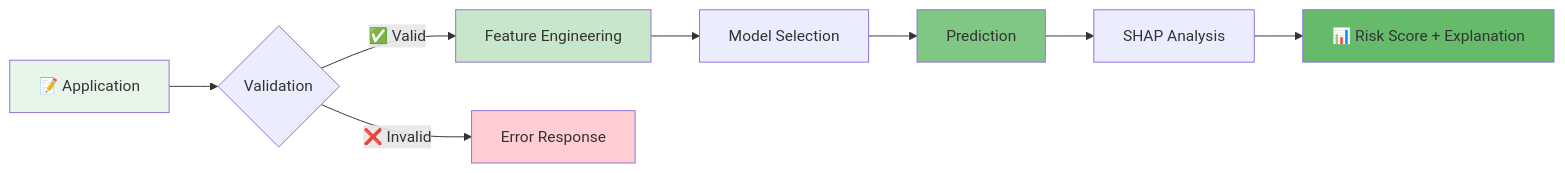
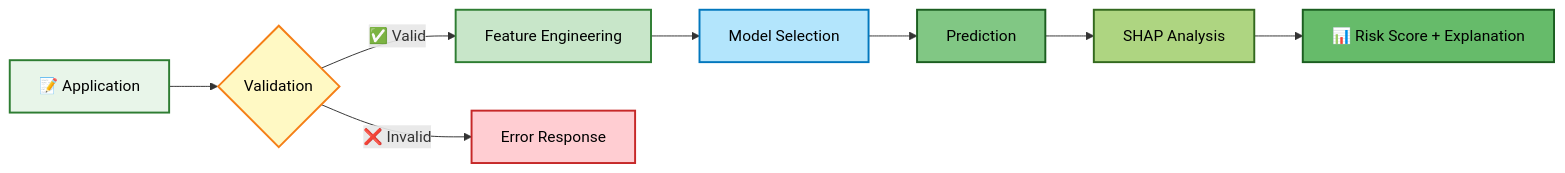
One commit to harshjohiya/RiskLens changed the second of 2 diagrams in README.md. Above: the diagram before and after it, drawn with Mermaid. The commit also changed other lines of this file and 2 other files, not shown here.

````diff
--- a/README.md
+++ b/README.md
@@ -53,16 +53,19 @@
 ```mermaid
 flowchart LR
     A[📝 Application] --> B{Validation}
     B -->|✅ Valid| C[Feature Engineering]
     B -->|❌ Invalid| Z[Error Response]
     C --> D[Model Selection]
     D --> E[Prediction]
     E --> F[SHAP Analysis]
     F --> G[📊 Risk Score + Explanation]
     
-    style A fill:#e8f5e9
-    style C fill:#c8e6c9
-    style E fill:#81c784
-    style G fill:#66bb6a
-    style Z fill:#ffcdd2
+    style A fill:#e8f5e9,stroke:#2e7d32,stroke-width:2px,color:#000
+    style B fill:#fff9c4,stroke:#f57f17,stroke-width:2px,color:#000
+    style C fill:#c8e6c9,stroke:#2e7d32,stroke-width:2px,color:#000
+    style D fill:#b3e5fc,stroke:#0277bd,stroke-width:2px,color:#000
+    style E fill:#81c784,stroke:#1b5e20,stroke-width:2px,color:#000
+    style F fill:#aed581,stroke:#33691e,stroke-width:2px,color:#000
+    style G fill:#66bb6a,stroke:#1b5e20,stroke-width:2px,color:#000
+    style Z fill:#ffcdd2,stroke:#c62828,stroke-width:2px,color:#000
 ```
````
